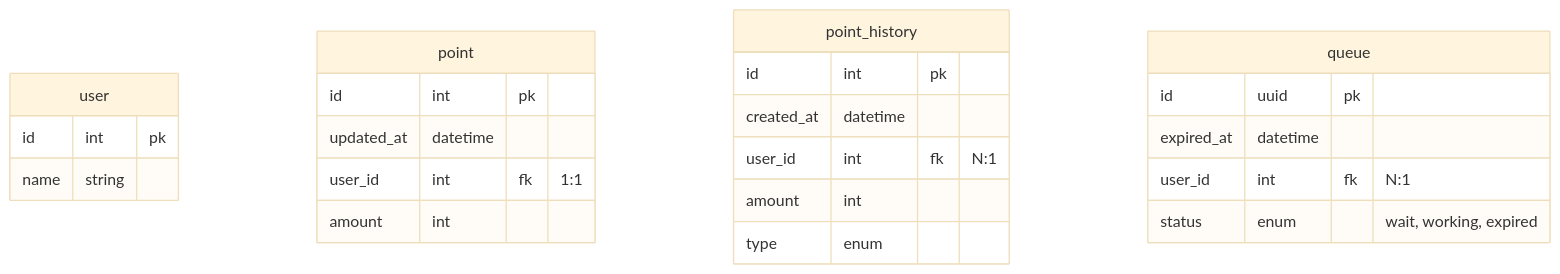
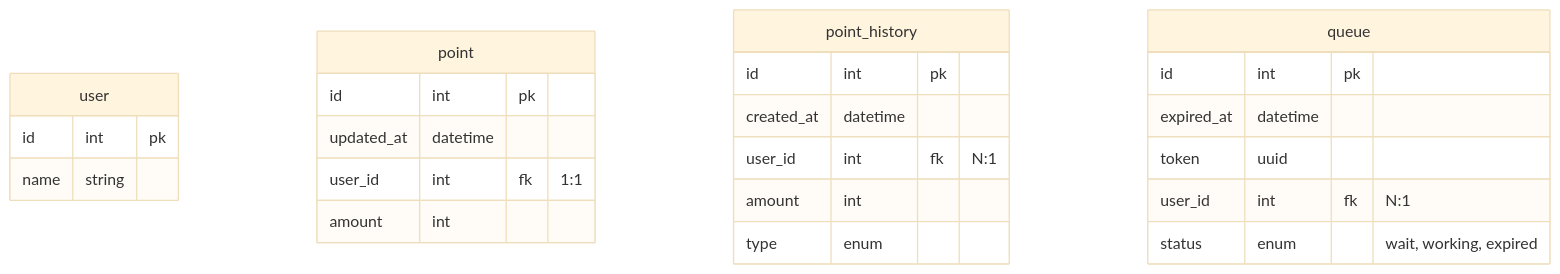
Diagram 12 of 13 in README.md (Ksanbal/Concert-Reservation-API), drawn with Mermaid (base theme) before and after one commit. The commit also changed other lines of this file and 13 other files, not shown here.

````diff
--- a/README.md
+++ b/README.md
@@ -258,32 +258,33 @@
 ```mermaid
 erDiagram
 
 user {
   id int pk
   name string
 }
 
 point {
   id int pk
   updated_at datetime
   user_id int fk "1:1"
   amount int
 }
 
 point_history {
   id int pk
   created_at datetime
 
   user_id int fk "N:1"
   amount int
   type enum
 }
 
 queue {
-  id uuid pk
+  id int pk
   expired_at datetime
 
+  token uuid
   user_id int fk "N:1"
   status enum "wait, working, expired"
 }
 ```
````
